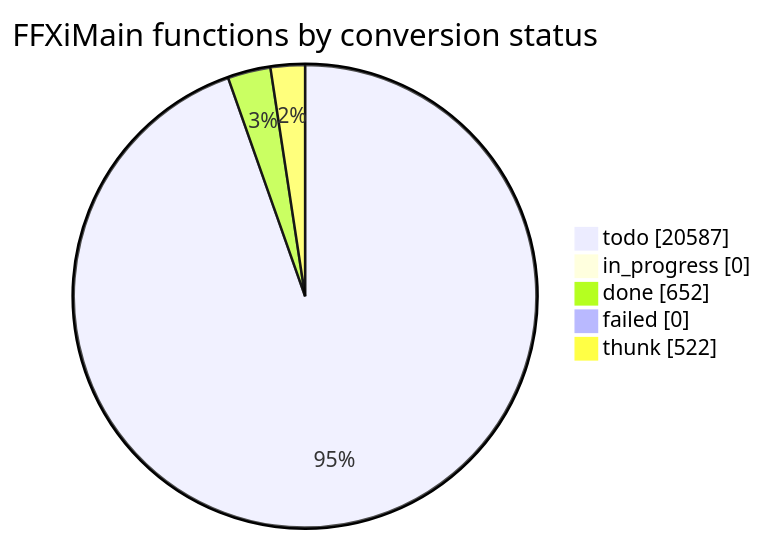
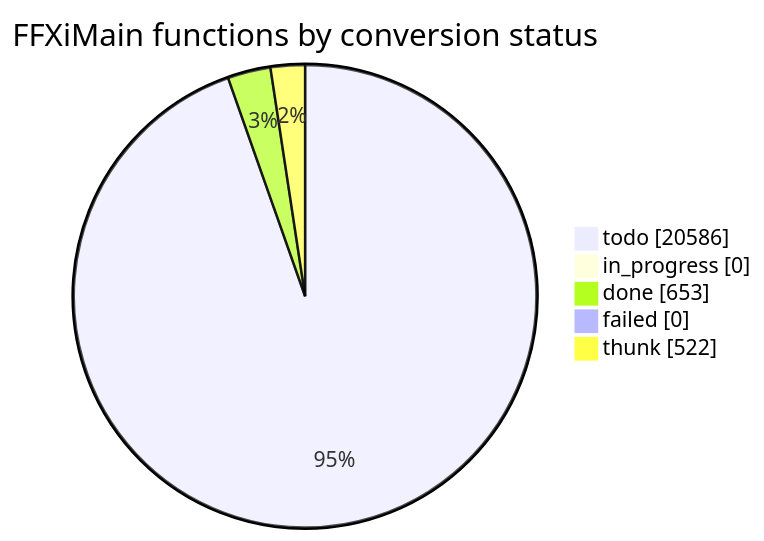
One commit to cowrevenge/cow_kuluu_xi_anything changed the diagram in docs/cow/STATUS.md. Above: the diagram before and after it, drawn with Mermaid. The commit also changed other lines of this file and 9 other files, not shown here.

````diff
--- a/docs/cow/STATUS.md
+++ b/docs/cow/STATUS.md
@@ -18,9 +18,9 @@
 ```mermaid
 pie showData
     title FFXiMain functions by conversion status
-    "todo" : 20587
+    "todo" : 20586
     "in_progress" : 0
-    "done" : 652
+    "done" : 653
     "failed" : 0
     "thunk" : 522
 ```
````
